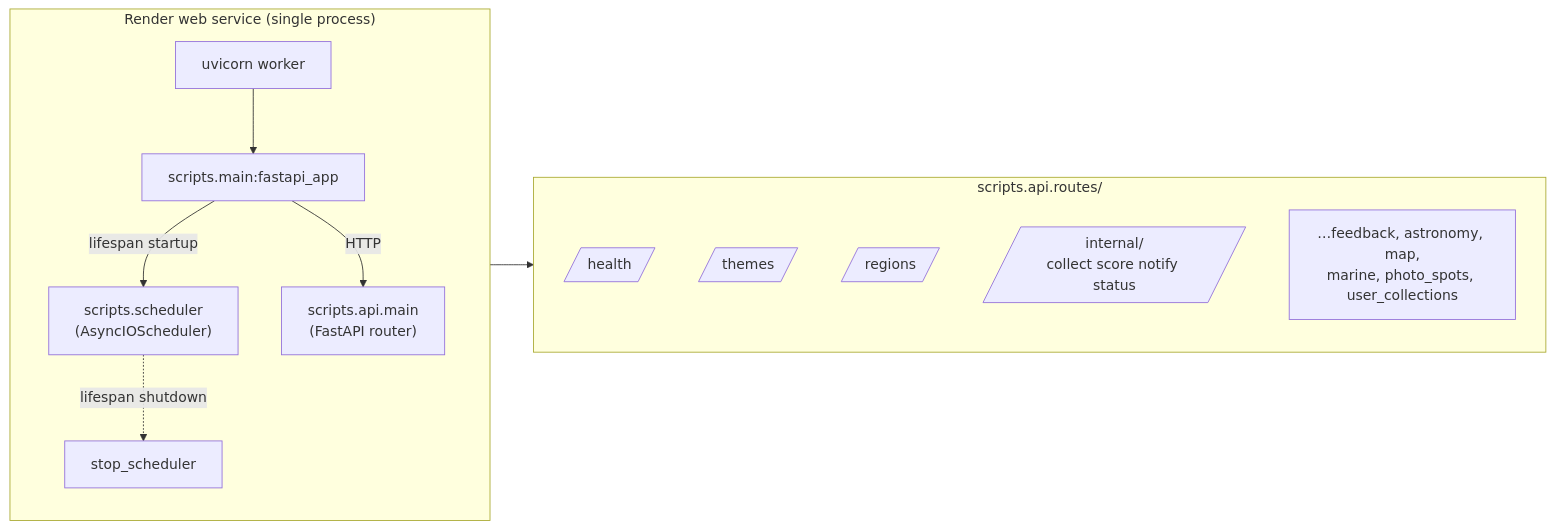
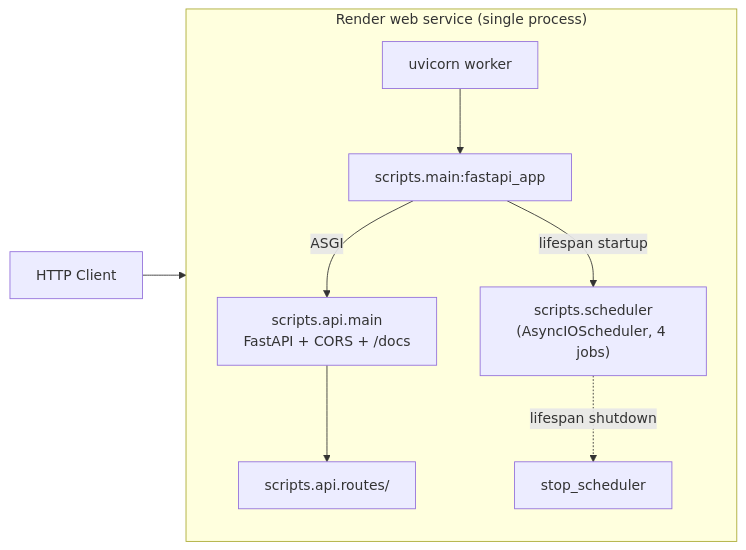
One commit to Donghun1q2w/weather_lens changed the first of 8 diagrams in CLAUDE.md. Above: the diagram before and after it, drawn with Mermaid. The commit also changed other lines of this file, not shown here.

First line of the commit message:
docs: CLAUDE.md 플로우차트 4종 → 8종으로 확장

````diff
--- a/CLAUDE.md
+++ b/CLAUDE.md
@@ -57,22 +50,12 @@
 ```mermaid
 flowchart LR
+    Client[HTTP Client] --> Uvicorn[uvicorn worker]
     subgraph Render["Render web service (single process)"]
         direction TB
-        Uvicorn[uvicorn worker]
         Uvicorn --> Main["scripts.main:fastapi_app"]
-        Main -- "lifespan startup" --> Scheduler["scripts.scheduler<br/>(AsyncIOScheduler)"]
-        Main -- "HTTP" --> APIRouter["scripts.api.main<br/>(FastAPI router)"]
+        Main -- "lifespan startup" --> Scheduler["scripts.scheduler<br/>(AsyncIOScheduler, 4 jobs)"]
+        Main -- "ASGI" --> APIMain["scripts.api.main<br/>FastAPI + CORS + /docs"]
+        APIMain --> Routes[scripts.api.routes/]
         Scheduler -. "lifespan shutdown" .-> Stop[stop_scheduler]
     end
-
-    subgraph Routes["scripts.api.routes/"]
-        direction TB
-        Health[/health/]
-        Themes[/themes/]
-        Regions[/regions/]
-        Internal[/internal/<br/>collect score notify status/]
-        Misc["…feedback, astronomy, map,<br/>marine, photo_spots, user_collections"]
-    end
-
-    APIRouter --> Routes
 ```
````
